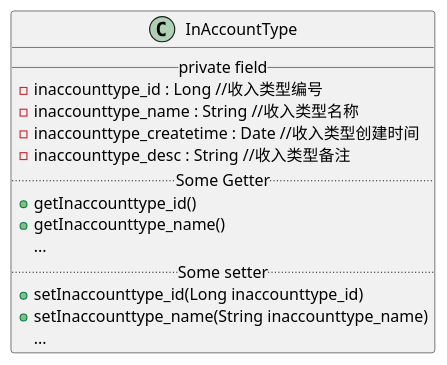
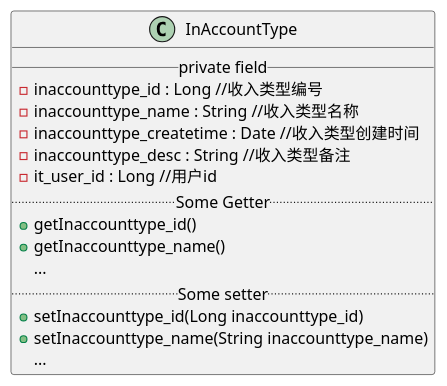
Diagram 11 of 30 in docs/UML/plantuml.md (xiaokangxxs/notebook), drawn with PlantUML before and after one commit. The commit also changed other lines of this file and 2 other files, not shown here.

Commit message:
update hadoop-ha and update familyaccount-plantuml

````diff
--- a/docs/UML/plantuml.md
+++ b/docs/UML/plantuml.md
@@ -231,21 +224,22 @@
 ```plantuml
 @startuml
 
 class InAccountType {
 __ private field __
  -inaccounttype_id : Long //收入类型编号
  -inaccounttype_name : String //收入类型名称
  -inaccounttype_createtime : Date //收入类型创建时间
  -inaccounttype_desc : String //收入类型备注
+ -it_user_id : Long //用户id
 .. Some Getter ..
   + getInaccounttype_id()
   + getInaccounttype_name()
   ...
 .. Some setter ..
   + setInaccounttype_id(Long inaccounttype_id)
   + setInaccounttype_name(String inaccounttype_name)
   ...
 }
 
 @enduml
 ```
````
